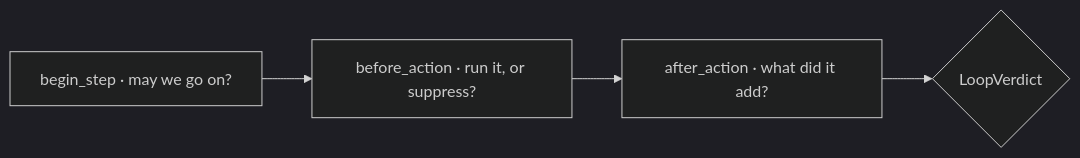
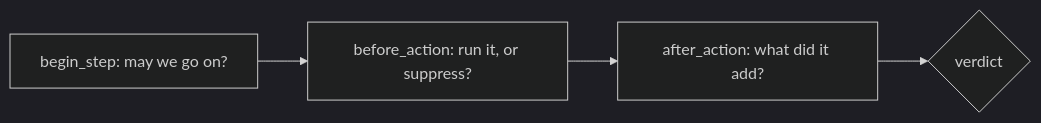
One commit to kk-engineer/robosathi changed the second of 3 diagrams in content/en/docs/agentic_ai/guardrails_loop_control_state.md. Above: the diagram before and after it, drawn with Mermaid (dark theme). The commit also changed other lines of this file and 15 other files, not shown here.

````diff
--- a/content/en/docs/agentic_ai/guardrails_loop_control_state.md
+++ b/content/en/docs/agentic_ai/guardrails_loop_control_state.md
@@ -95,4 +91,4 @@
 ```mermaid
 graph LR
-    B["begin_step · may we go on?"] --> BA["before_action · run it, or suppress?"] --> AA["after_action · what did it add?"] --> V{LoopVerdict}
+    B["begin_step: may we go on?"] --> BA["before_action: run it, or suppress?"] --> AA["after_action: what did it add?"] --> V{verdict}
 ```
````
